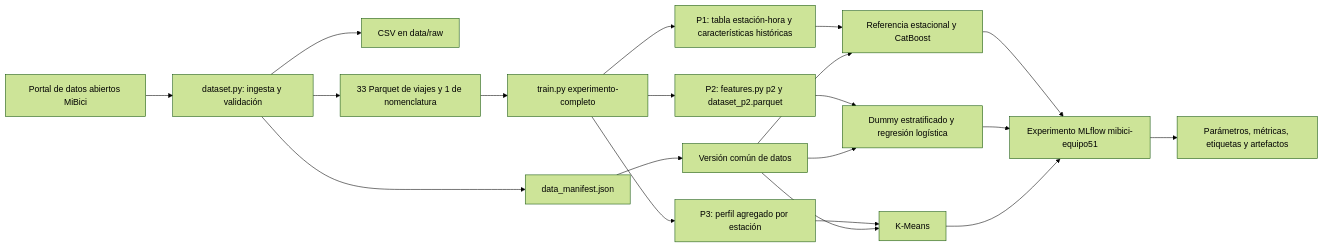
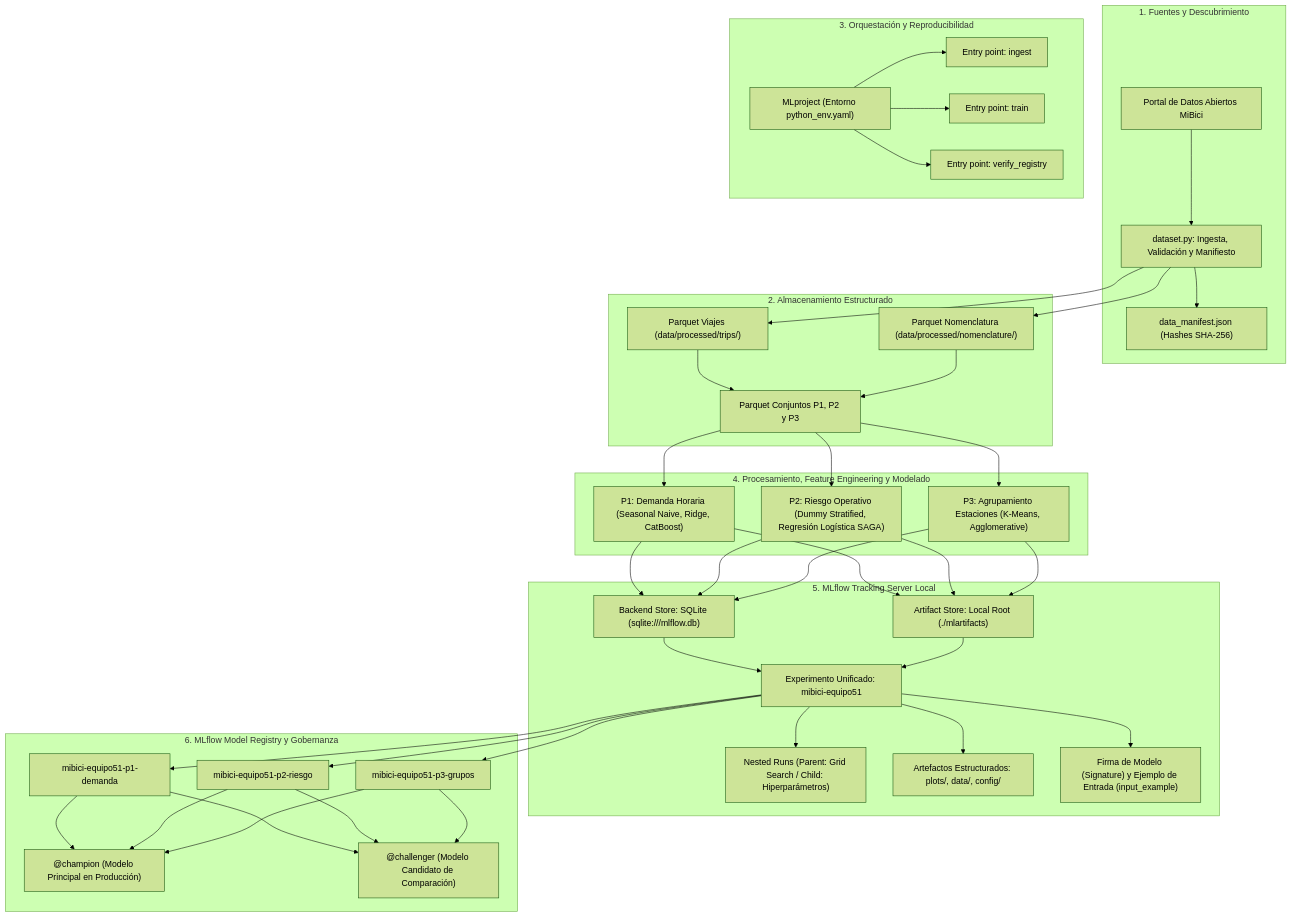
The diagram in README.md (arictamir/TC5061-Proyecto-Equipo51), drawn with Mermaid (forest theme) before and after one commit. The commit also changed other lines of this file, not shown here.

````diff
--- a/README.md
+++ b/README.md
@@ -125,22 +127,43 @@
 ```mermaid
-flowchart LR
-    A[Portal de datos abiertos MiBici] --> B[dataset.py: ingesta y validación]
-    B --> C[CSV en data/raw]
-    B --> D[33 Parquet de viajes y 1 de nomenclatura]
-    B --> E[data_manifest.json]
-    D --> F[train.py experimento-completo]
-    F --> G1[P1: tabla estación-hora y características históricas]
-    F --> G2[P2: features.py p2 y dataset_p2.parquet]
-    F --> G3[P3: perfil agregado por estación]
-    G1 --> H1[Referencia estacional y CatBoost]
-    G2 --> H2[Dummy estratificado y regresión logística]
-    G3 --> H3[K-Means]
-    E --> I[Versión común de datos]
-    I --> H1
-    I --> H2
-    I --> H3
-    H1 --> J[Experimento MLflow mibici-equipo51]
-    H2 --> J
-    H3 --> J
-    J --> K[Parámetros, métricas, etiquetas y artefactos]
+flowchart TD
+    subgraph S1["1. Fuentes y Descubrimiento"]
+        A["Portal de Datos Abiertos MiBici"] --> B["dataset.py: Ingesta, Validación y Manifiesto"]
+        B --> C["data_manifest.json (Hashes SHA-256)"]
+    end
+
+    subgraph S2["2. Almacenamiento Estructurado"]
+        B --> D1["Parquet Viajes (data/processed/trips/)"]
+        B --> D2["Parquet Nomenclatura (data/processed/nomenclature/)"]
+        D1 & D2 --> D3["Parquet Conjuntos P1, P2 y P3"]
+    end
+
+    subgraph S3["3. Orquestación y Reproducibilidad"]
+        E["MLproject (Entorno python_env.yaml)"] --> F1["Entry point: ingest"]
+        E --> F2["Entry point: train"]
+        E --> F3["Entry point: verify_registry"]
+    end
+
+    subgraph S4["4. Procesamiento, Feature Engineering y Modelado"]
+        D3 --> G1["P1: Demanda Horaria (Seasonal Naive, Ridge, CatBoost)"]
+        D3 --> G2["P2: Riesgo Operativo (Dummy Stratified, Regresión Logística SAGA)"]
+        D3 --> G3["P3: Agrupamiento Estaciones (K-Means, Agglomerative)"]
+    end
+
+    subgraph S5["5. MLflow Tracking Server Local"]
+        H1["Backend Store: SQLite (sqlite:///mlflow.db)"]
+        H2["Artifact Store: Local Root (./mlartifacts)"]
+        G1 & G2 & G3 --> H1 & H2
+        H1 & H2 --> I["Experimento Unificado: mibici-equipo51"]
+        I --> I1["Nested Runs (Parent: Grid Search / Child: Hiperparámetros)"]
+        I --> I2["Artefactos Estructurados: plots/, data/, config/"]
+        I --> I3["Firma de Modelo (Signature) y Ejemplo de Entrada (input_example)"]
+    end
+
+    subgraph S6["6. MLflow Model Registry y Gobernanza"]
+        I --> J1["mibici-equipo51-p1-demanda"]
+        I --> J2["mibici-equipo51-p2-riesgo"]
+        I --> J3["mibici-equipo51-p3-grupos"]
+        J1 & J2 & J3 --> K1["@champion (Modelo Principal en Producción)"]
+        J1 & J2 & J3 --> K2["@challenger (Modelo Candidato de Comparación)"]
+    end
 ```
````
